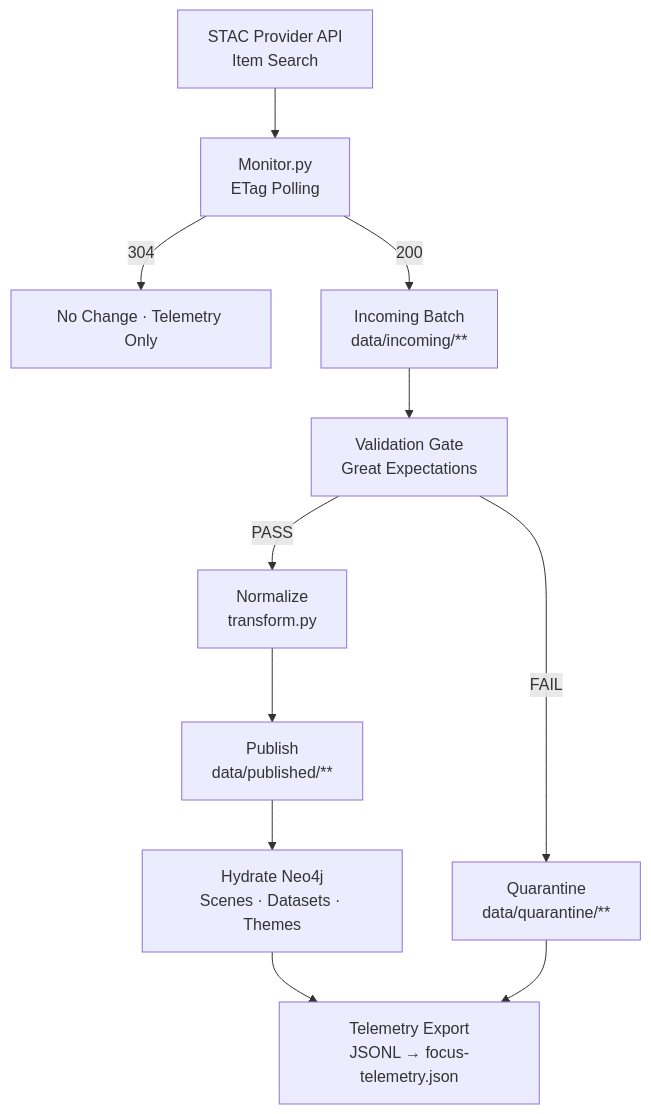
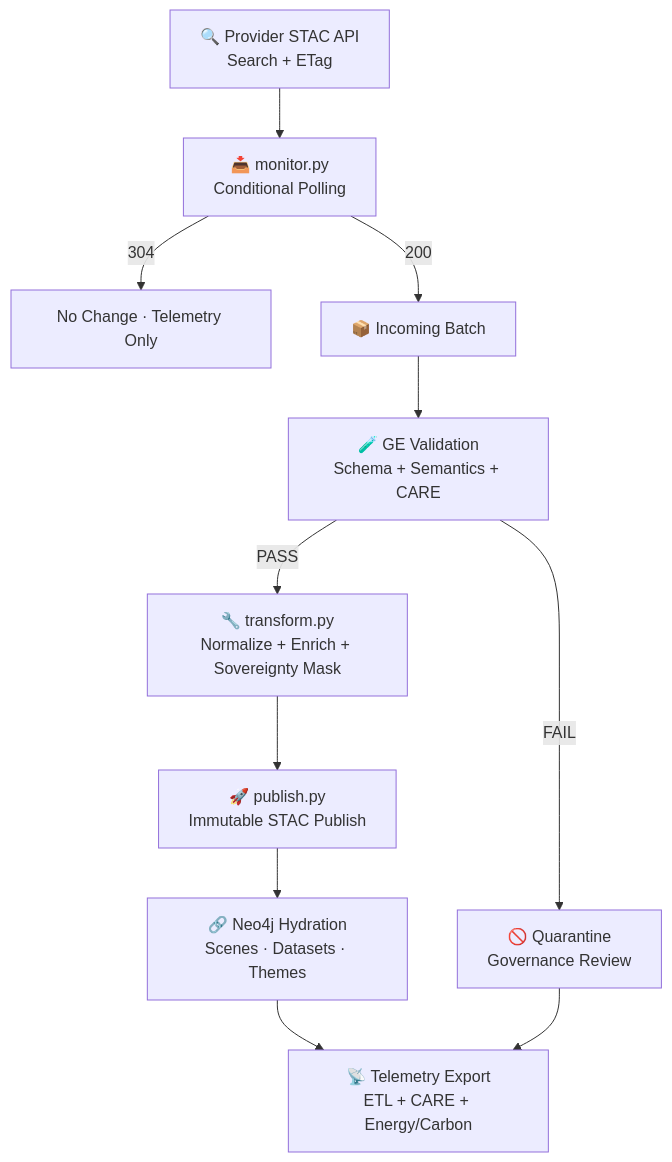
The diagram in src/pipelines/stac/README.md (bartytime4life/Kansas-Frontier-Matrix), drawn with Mermaid before and after one commit. The commit also changed other lines of this file, not shown here.

````diff
--- a/src/pipelines/stac/README.md
+++ b/src/pipelines/stac/README.md
@@ -89,13 +103,13 @@
-~~~~~mermaid
+```mermaid
 flowchart TD
-  A["STAC Provider API<br/>Item Search"] --> B["Monitor.py<br/>ETag Polling"]
+  A["🔍 Provider STAC API<br/>Search + ETag"] --> B["📥 monitor.py<br/>Conditional Polling"]
   B -->|304| Z["No Change · Telemetry Only"]
-  B -->|200| C["Incoming Batch<br/>data/incoming/**"]
-  C --> D["Validation Gate<br/>Great Expectations"]
-  D -->|FAIL| Q["Quarantine<br/>data/quarantine/**"]
-  D -->|PASS| E["Normalize<br/>transform.py"]
-  E --> F["Publish<br/>data/published/**"]
-  F --> G["Hydrate Neo4j<br/>Scenes · Datasets · Themes"]
-  G --> H["Telemetry Export<br/>JSONL → focus-telemetry.json"]
+  B -->|200| C["📦 Incoming Batch"]
+  C --> D["🧪 GE Validation<br/>Schema + Semantics + CARE"]
+  D -->|FAIL| Q["🚫 Quarantine<br/>Governance Review"]
+  D -->|PASS| E["🔧 transform.py<br/>Normalize + Enrich + Sovereignty Mask"]
+  E --> F["🚀 publish.py<br/>Immutable STAC Publish"]
+  F --> G["🔗 Neo4j Hydration<br/>Scenes · Datasets · Themes"]
+  G --> H["📡 Telemetry Export<br/>ETL + CARE + Energy/Carbon"]
   Q --> H
-~~~~~
+```
````
